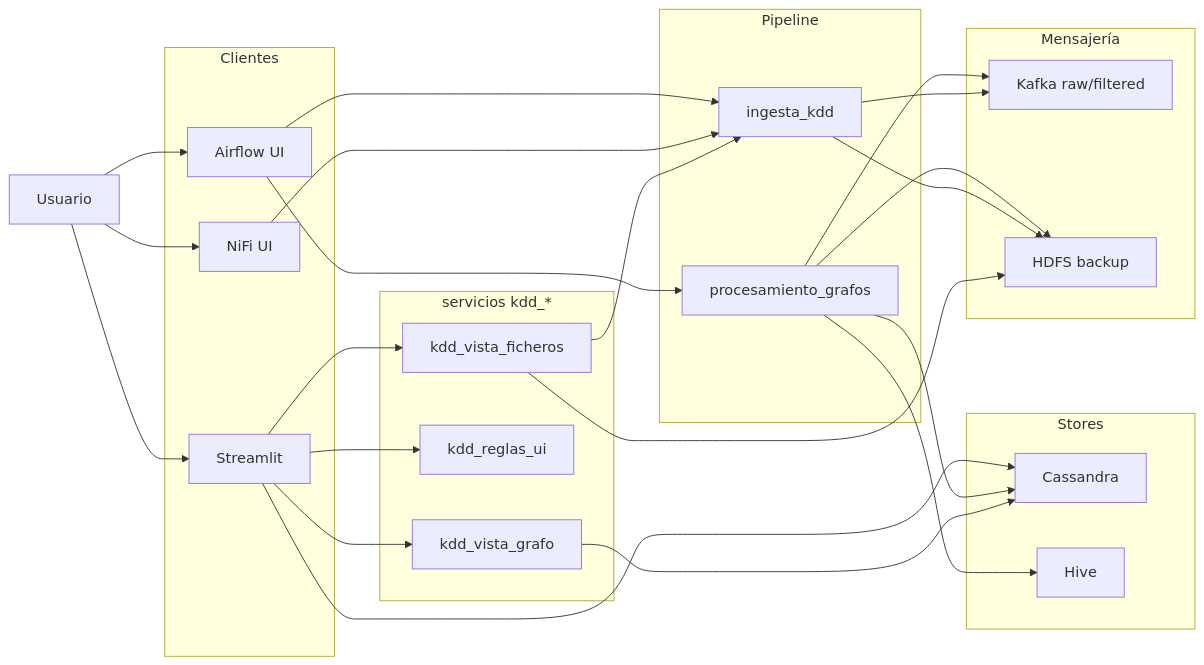
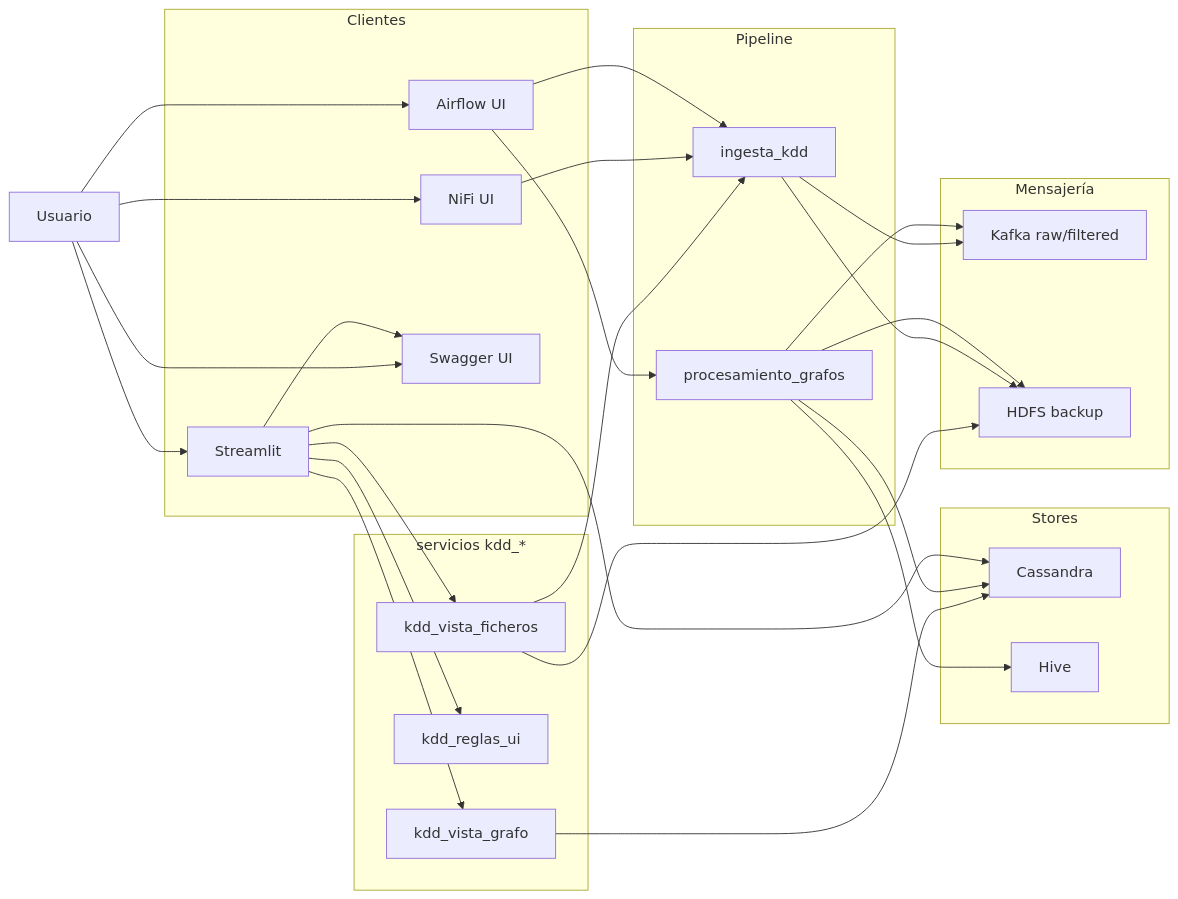
Before and after one commit to gracobjo/proyecto_transporte_global_standalone: the second of 14 diagrams in docs/DIAGRAMAS_MERMAID.md, drawn with Mermaid. The commit also changed other lines of this file and 17 other files, not shown here.

````diff
--- a/docs/DIAGRAMAS_MERMAID.md
+++ b/docs/DIAGRAMAS_MERMAID.md
@@ -54,45 +60,48 @@
 ```mermaid
 flowchart LR
   U[Usuario]
   subgraph Clientes
     ST[Streamlit]
     N[NiFi UI]
     A[Airflow UI]
+    SW[Swagger UI]
   end
   subgraph UI_KDD[servicios kdd_*]
     VF[kdd_vista_ficheros]
     VR[kdd_reglas_ui]
     VG[kdd_vista_grafo]
   end
   subgraph Pipeline
     I[ingesta_kdd]
     P[procesamiento_grafos]
   end
   subgraph Mensajería
     K[Kafka raw/filtered]
     H[HDFS backup]
   end
   subgraph Stores
     C[Cassandra]
     V[Hive]
   end
   U --> ST
   U --> N
   U --> A
+  U --> SW
   ST --> VF
   ST --> VR
   ST --> VG
   VF --> I
   VF --> H
   VG --> C
   N --> I
   A --> I
   A --> P
   I --> K
   I --> H
   P --> K
   P --> H
   P --> C
   P --> V
   ST --> C
+  ST --> SW
 ```
````
